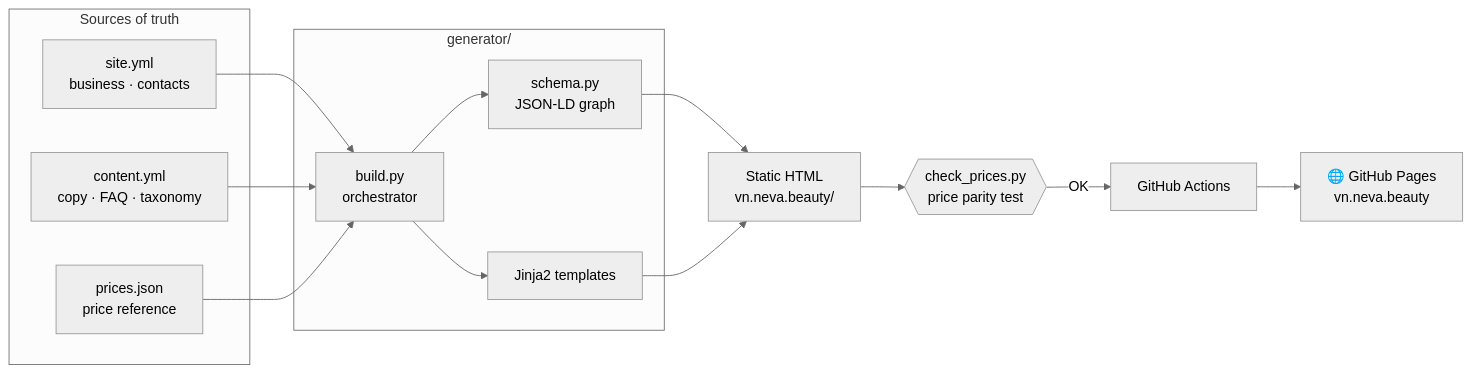
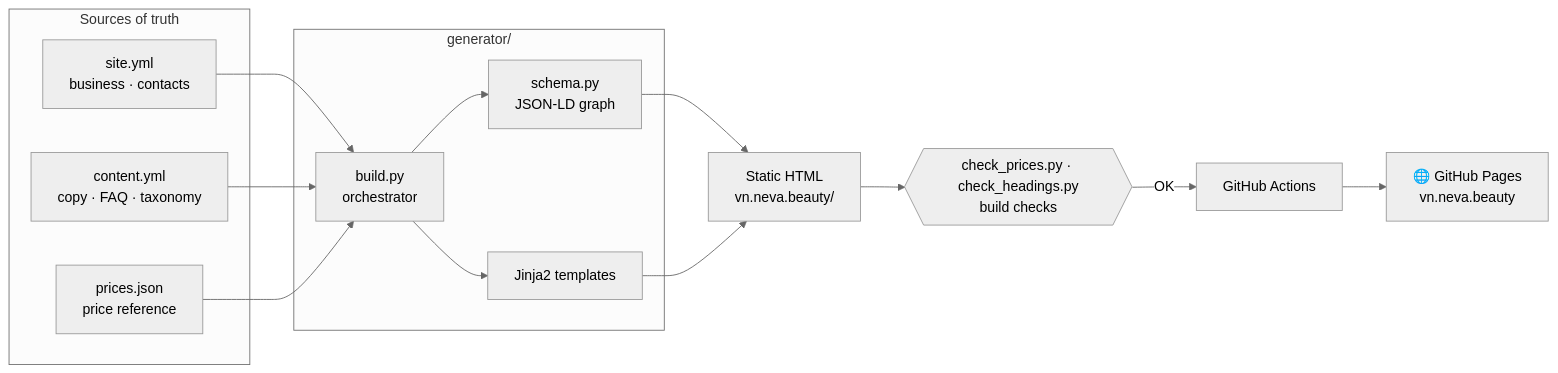
One commit to jw-git-hub/vn.neva.beauty changed the diagram in README.en.md. Above: the diagram before and after it, drawn with Mermaid (neutral theme). The commit also changed other lines of this file and 3 other files, not shown here.

````diff
--- a/README.en.md
+++ b/README.en.md
@@ -82,23 +82,23 @@
 ```mermaid
 flowchart LR
     subgraph SRC["Sources of truth"]
         A["site.yml<br/>business · contacts"]
         B["content.yml<br/>copy · FAQ · taxonomy"]
         C["prices.json<br/>price reference"]
     end
     subgraph GEN["generator/"]
         D["build.py<br/>orchestrator"]
         E["schema.py<br/>JSON-LD graph"]
         F["Jinja2 templates"]
     end
     A --> D
     B --> D
     C --> D
     D --> E
     D --> F
     E --> G["Static HTML<br/>vn.neva.beauty/"]
     F --> G
-    G --> H{{"check_prices.py<br/>price parity test"}}
+    G --> H{{"check_prices.py · check_headings.py<br/>build checks"}}
     H -->|OK| I["GitHub Actions"]
     I --> J["🌐 GitHub Pages<br/>vn.neva.beauty"]
 ```
````
